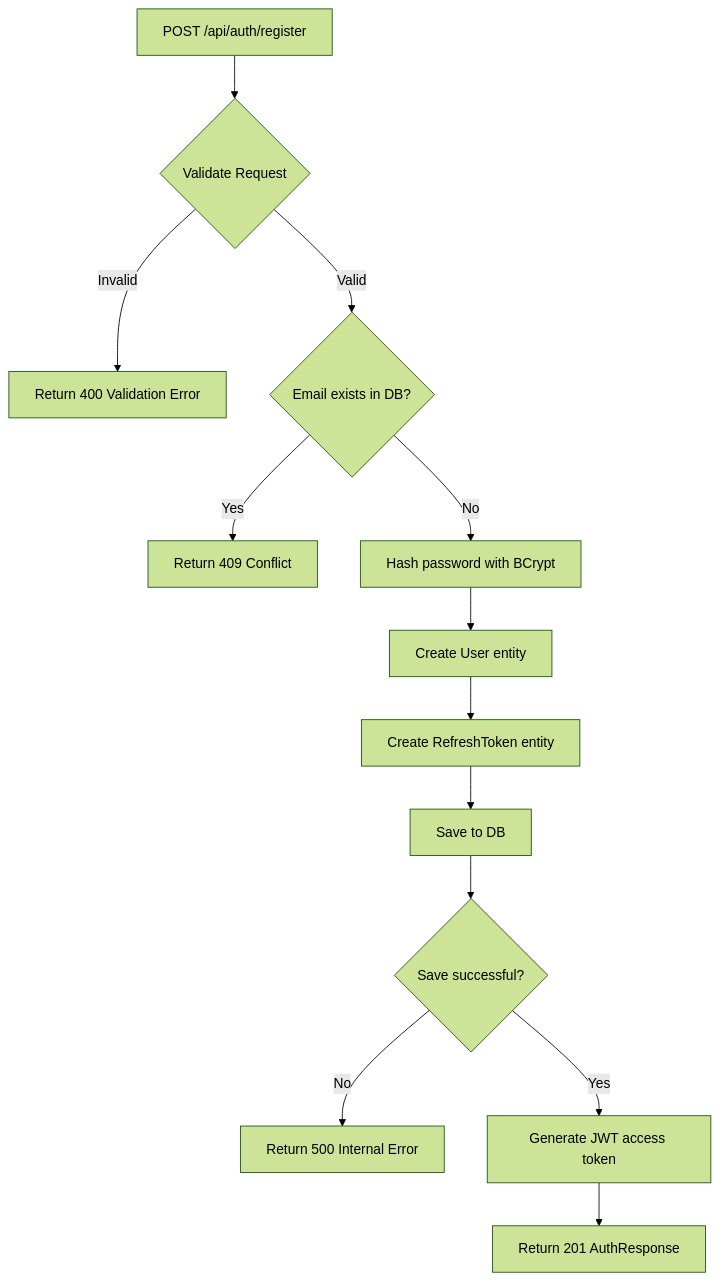
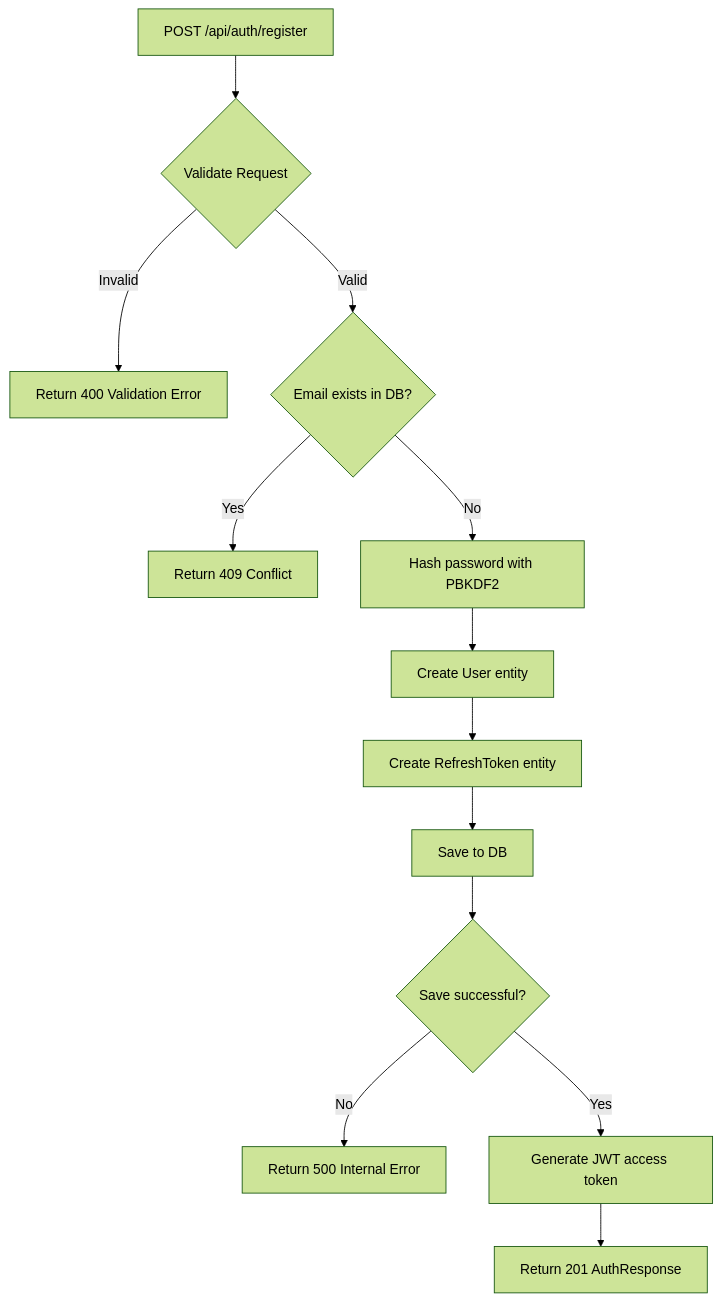
Before and after one commit to AbanoubPhelopos/TailorCV: the second of 3 diagrams in docs/features/identity/register.md, drawn with Mermaid (forest theme). The commit also changed other lines of this file and 299 other files, not shown here.

````diff
--- a/docs/features/identity/register.md
+++ b/docs/features/identity/register.md
@@ -136,15 +136,15 @@
 ```mermaid
 flowchart TD
     A[POST /api/auth/register] --> B{Validate Request}
     B -->|Invalid| C[Return 400 Validation Error]
     B -->|Valid| D{Email exists in DB?}
     D -->|Yes| E[Return 409 Conflict]
-    D -->|No| F[Hash password with BCrypt]
+    D -->|No| F[Hash password with PBKDF2]
     F --> G[Create User entity]
     G --> H[Create RefreshToken entity]
     H --> I[Save to DB]
     I --> J{Save successful?}
     J -->|No| K[Return 500 Internal Error]
     J -->|Yes| L[Generate JWT access token]
     L --> M[Return 201 AuthResponse]
 ```
````
